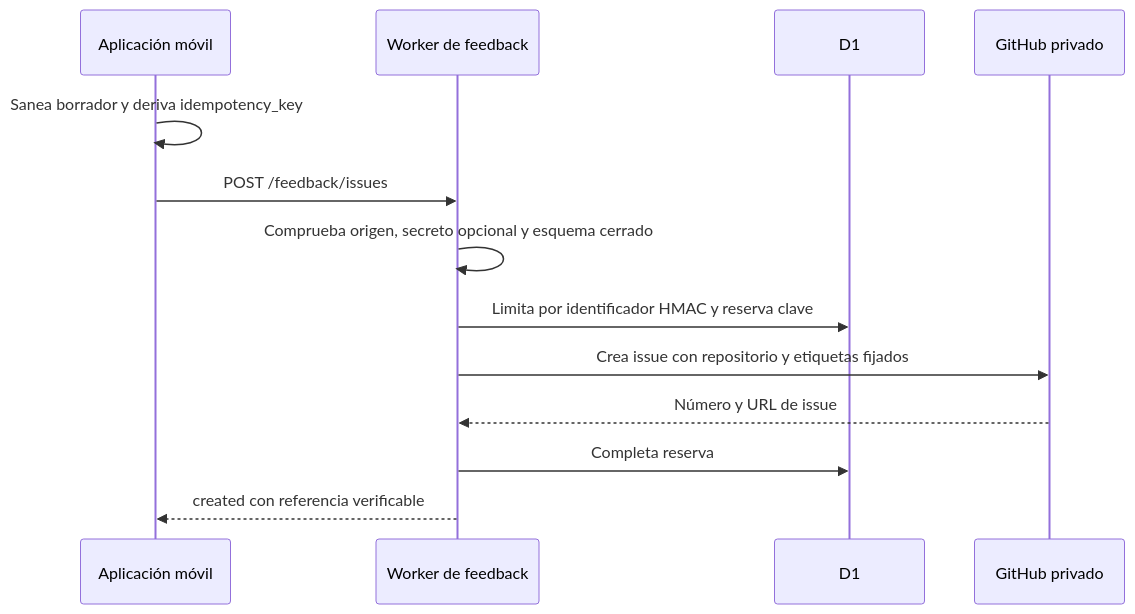
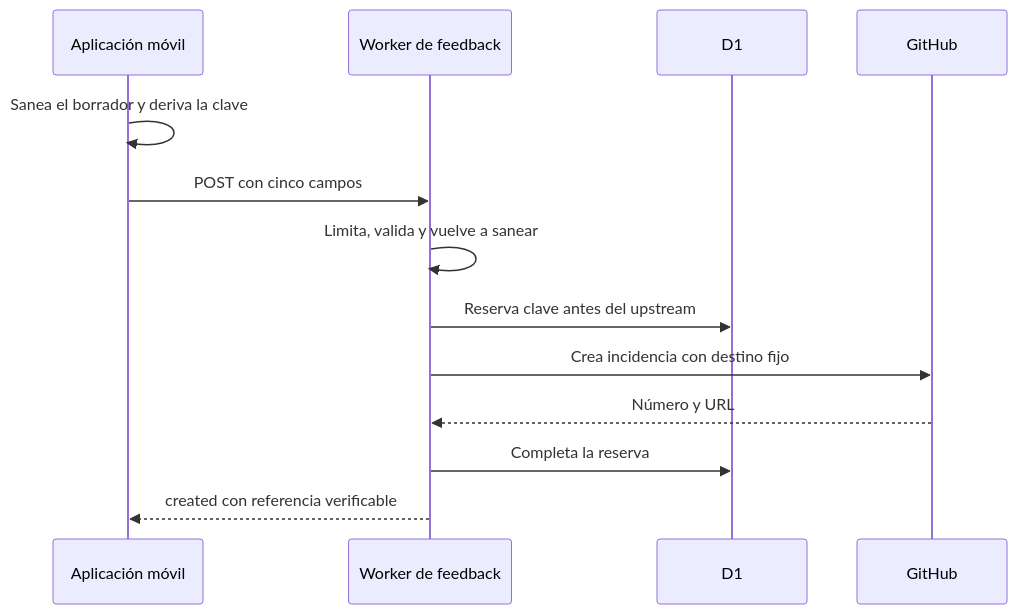
One commit to maximofn/gymnasia changed the diagram in openwiki/services/feedback-worker.md. Above: the diagram before and after it, drawn with Mermaid. The commit also changed other lines of this file and 27 other files, not shown here.

````diff
--- a/openwiki/services/feedback-worker.md
+++ b/openwiki/services/feedback-worker.md
@@ -24,15 +65,15 @@
 ```mermaid
 sequenceDiagram
     participant App as Aplicación móvil
     participant Worker as Worker de feedback
-    participant D1 as D1
-    participant GitHub as GitHub privado
-    App->>App: Sanea borrador y deriva idempotency_key
-    App->>Worker: POST /feedback/issues
-    Worker->>Worker: Comprueba origen, secreto opcional y esquema cerrado
-    Worker->>D1: Limita por identificador HMAC y reserva clave
-    Worker->>GitHub: Crea issue con repositorio y etiquetas fijados
-    GitHub-->>Worker: Número y URL de issue
-    Worker->>D1: Completa reserva
+    participant Store as D1
+    participant GitHub as GitHub
+    App->>App: Sanea el borrador y deriva la clave
+    App->>Worker: POST con cinco campos
+    Worker->>Worker: Limita, valida y vuelve a sanear
+    Worker->>Store: Reserva clave antes del upstream
+    Worker->>GitHub: Crea incidencia con destino fijo
+    GitHub-->>Worker: Número y URL
+    Worker->>Store: Completa la reserva
     Worker-->>App: created con referencia verificable
 ```
````
